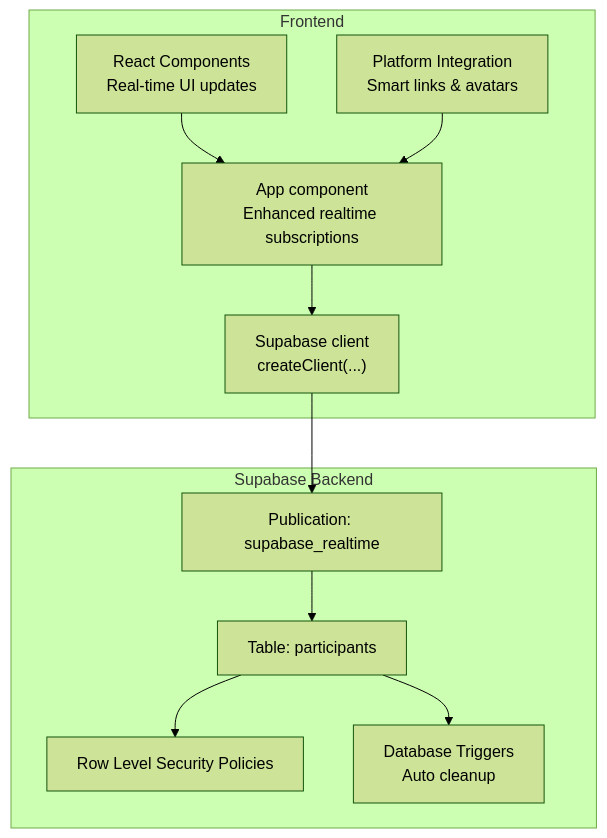
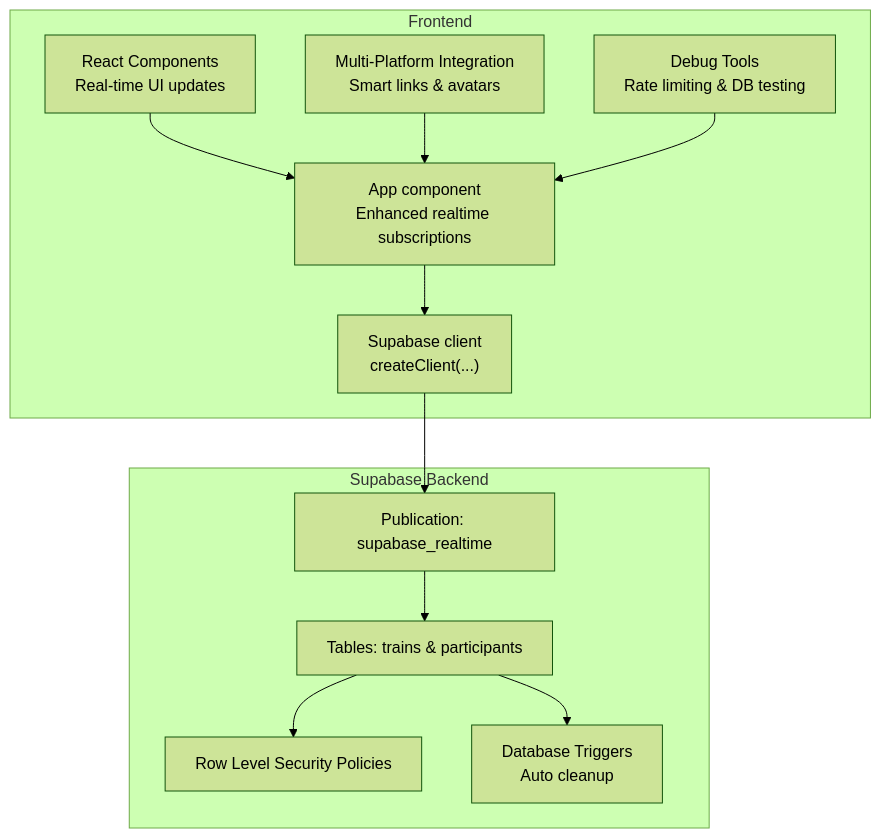
Before and after one commit to TheBooleanJulian/followtrain-v2: the first of 5 diagrams in .qoder/repowiki/en/content/Real-time Features & Supabase Integration.md, drawn with Mermaid (forest theme). The commit also changed other lines of this file and 202 other files, not shown here.

````diff
--- a/.qoder/repowiki/en/content/Real-time Features & Supabase Integration.md
+++ b/.qoder/repowiki/en/content/Real-time Features & Supabase Integration.md
@@ -45,22 +48,24 @@
 ```mermaid
 graph TB
 subgraph "Frontend"
 APP["App component<br/>Enhanced realtime subscriptions"]
 SUPA["Supabase client<br/>createClient(...)"]
-PLAT["Platform Integration<br/>Smart links & avatars"]
+PLAT["Multi-Platform Integration<br/>Smart links & avatars"]
 UI["React Components<br/>Real-time UI updates"]
+DEBUG["Debug Tools<br/>Rate limiting & DB testing"]
 end
 subgraph "Supabase Backend"
 PUB["Publication: supabase_realtime"]
-TBL["Table: participants"]
+TBL["Tables: trains & participants"]
 RLS["Row Level Security Policies"]
 TRIG["Database Triggers<br/>Auto cleanup"]
 end
 APP --> SUPA
 SUPA --> PUB
 PUB --> TBL
 TBL --> RLS
 TBL --> TRIG
 UI --> APP
 PLAT --> APP
+DEBUG --> APP
 ```
````
